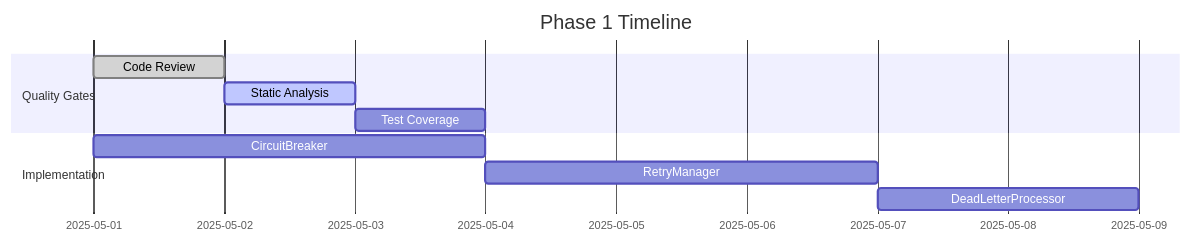
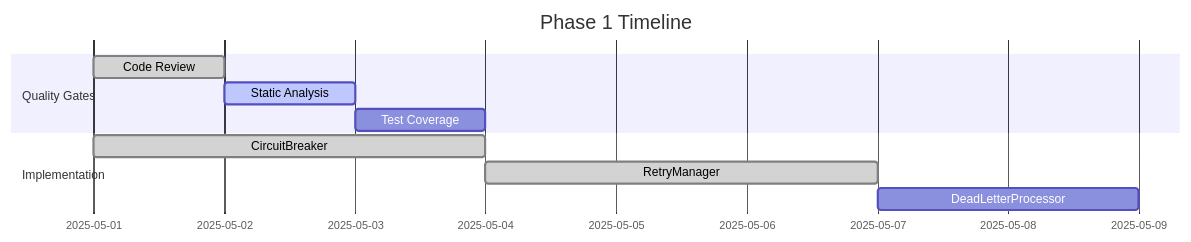
The first of 7 diagrams in memory-bank/progress.md (geoffsweeney/wine-recommender), drawn with Mermaid before and after one commit. The commit also changed other lines of this file, not shown here.

Commit message:
docs(progress): update with retry-manager completion details

````diff
--- a/memory-bank/progress.md
+++ b/memory-bank/progress.md
@@ -4,14 +4,14 @@
 ```mermaid
 gantt
     title Phase 1 Timeline
     dateFormat  YYYY-MM-DD
     section Quality Gates
     Code Review          :done, q1, 2025-05-01, 1d
     Static Analysis      :active, q2, after q1, 1d
     Test Coverage        :q3, after q2, 1d
     
     section Implementation
-    CircuitBreaker       :2025-05-01, 3d
-    RetryManager         :2025-05-04, 3d
+    CircuitBreaker       :done, 2025-05-01, 3d
+    RetryManager         :done, 2025-05-04, 3d
     DeadLetterProcessor  :2025-05-07, 2d
 ```
````
